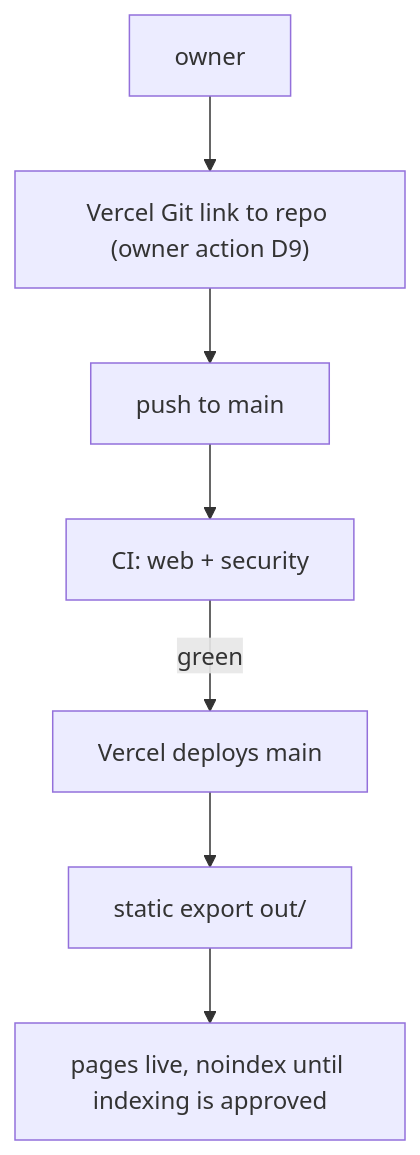
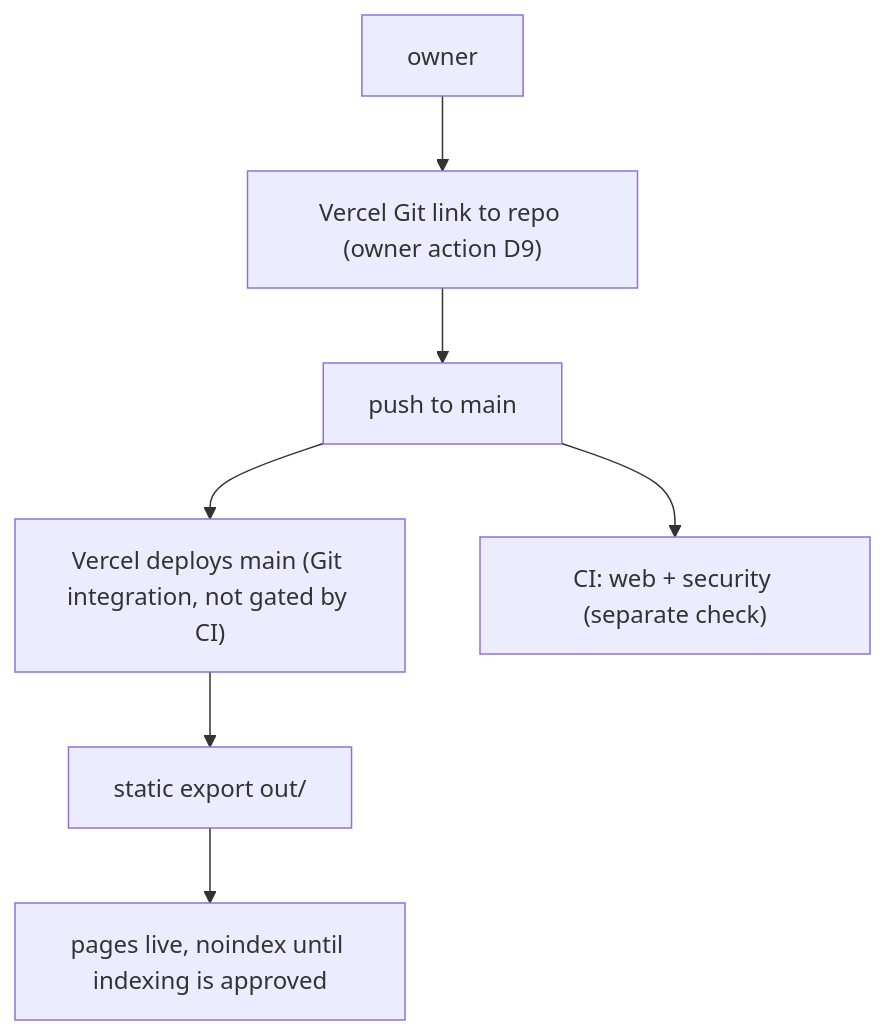
Before and after one commit to bookchaowalit-agency/agency-transactions-corporate-finance-web: the second of 2 diagrams in docs/diagrams/01-business-process.md, drawn with Mermaid. The commit also changed other lines of this file, not shown here.

````diff
--- a/docs/diagrams/01-business-process.md
+++ b/docs/diagrams/01-business-process.md
@@ -47,9 +47,9 @@
 ```mermaid
 flowchart TD
   OWNER["owner"] --> GITLINK["Vercel Git link to repo (owner action D9)"]
   GITLINK --> PUSH["push to main"]
-  PUSH --> CI["CI: web + security"]
-  CI -->|green| DEPLOY["Vercel deploys main"]
+  PUSH --> DEPLOY["Vercel deploys main (Git integration, not gated by CI)"]
+  PUSH --> CI["CI: web + security (separate check)"]
   DEPLOY --> BUILD["static export out/"]
   BUILD --> SITE["pages live, noindex until indexing is approved"]
 ```
````
